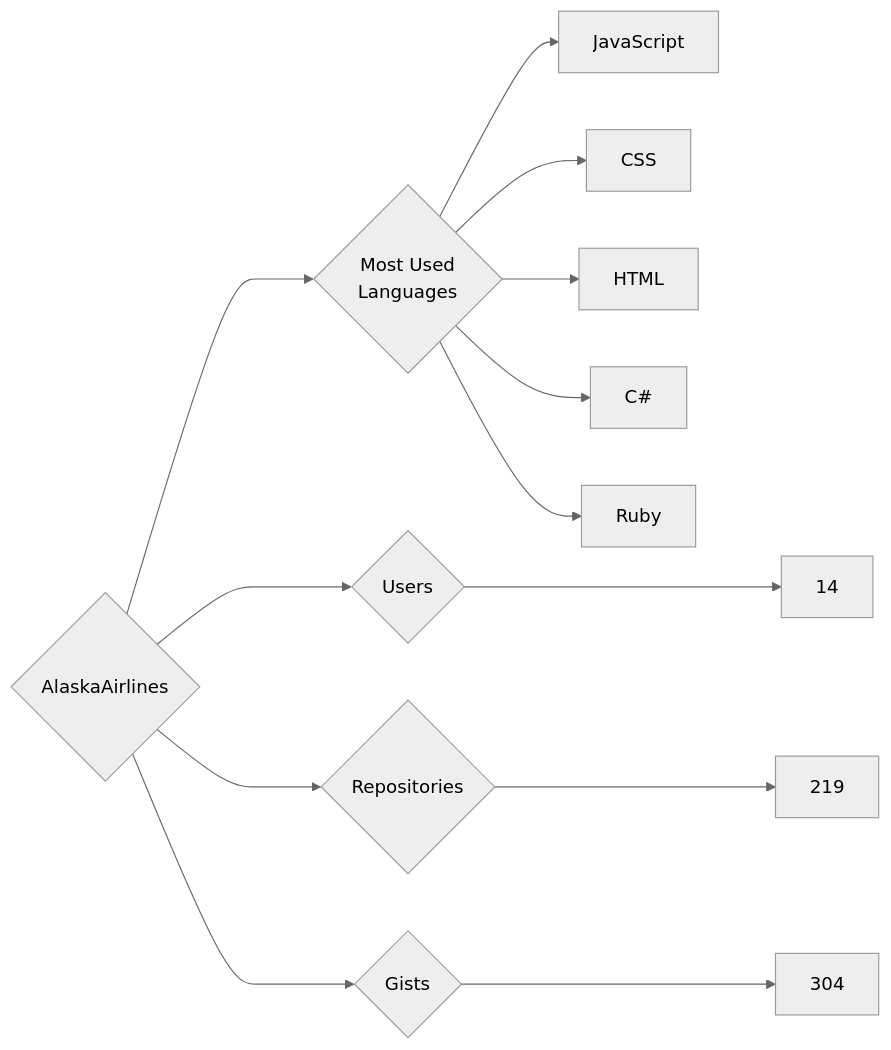
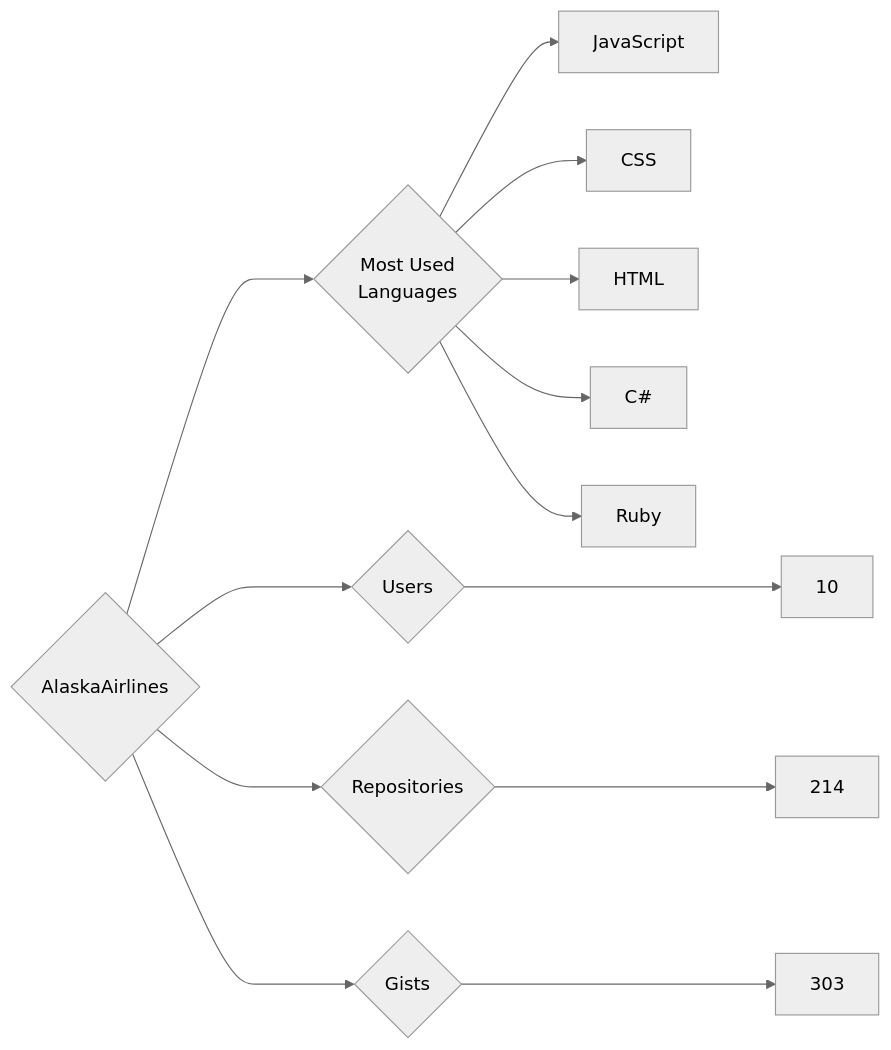
One commit to trickest/insiders changed the diagram in targets/AlaskaAirlines/README.md. Above: the diagram before and after it, drawn with Mermaid (neutral theme). The commit also changed 1238 other files, not shown here.

````diff
--- a/targets/AlaskaAirlines/README.md
+++ b/targets/AlaskaAirlines/README.md
@@ -3,13 +3,13 @@
 ```mermaid
 graph LR
 COMPANY_NAME{AlaskaAirlines}
-COMPANY_NAME ---> U{Users} ---> UN[14]
-COMPANY_NAME ---> R{Repositories} ---> RN[219]
-COMPANY_NAME ---> G{Gists} ---> GN[304]
+COMPANY_NAME ---> U{Users} ---> UN[10]
+COMPANY_NAME ---> R{Repositories} ---> RN[214]
+COMPANY_NAME ---> G{Gists} ---> GN[303]
 COMPANY_NAME ---> ML{Most Used<br>Languages}
 ML --> JavaScript[JavaScript]
 ML --> CSS[CSS]
 ML --> HTML[HTML]
 ML --> C#[C#]
 ML --> Ruby[Ruby]
 ```
````
